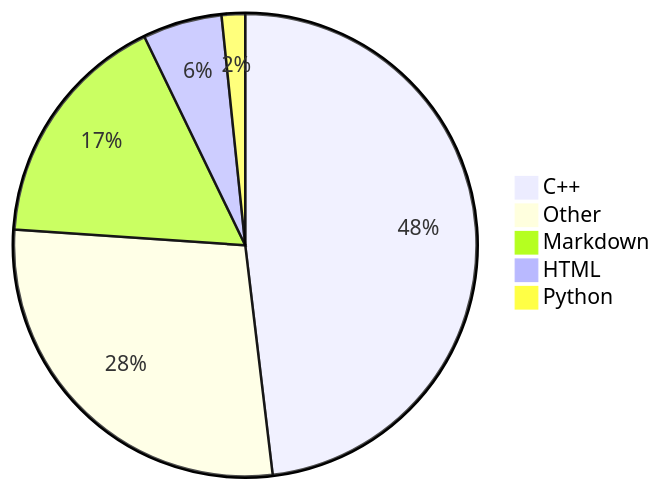
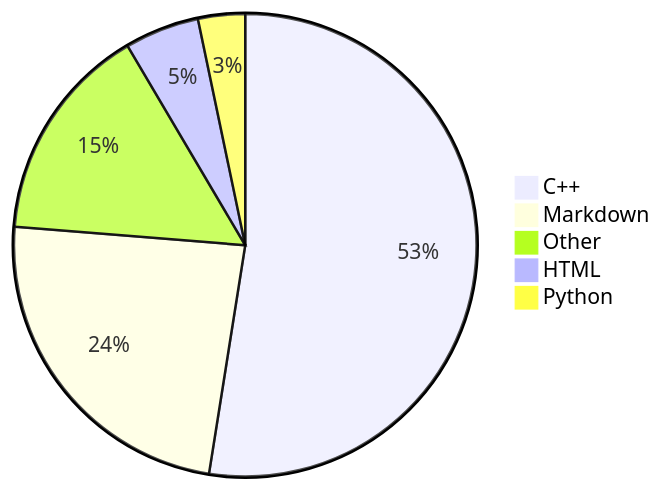
The diagram in README.md (Alicia111/alicia111), drawn with Mermaid before and after one commit.

Commit message:
Update WakaTime stats (・ω・)b

````diff
--- a/README.md
+++ b/README.md
@@ -32,8 +32,8 @@
 ```mermaid
 pie
-    "C++" : 48.1
-    "Other" : 27.97
-    "Markdown" : 16.75
-    "HTML" : 5.53
-    "Python" : 1.64
+    "C++" : 51.66
+    "Markdown" : 23.39
+    "Other" : 14.99
+    "HTML" : 5.12
+    "Python" : 3.23
 ```
````
